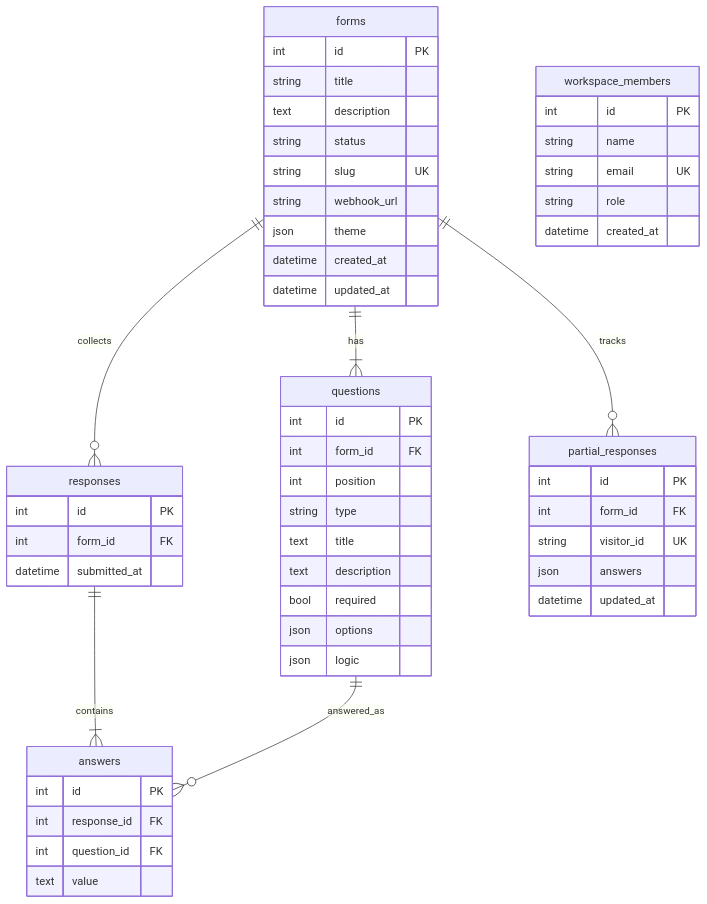
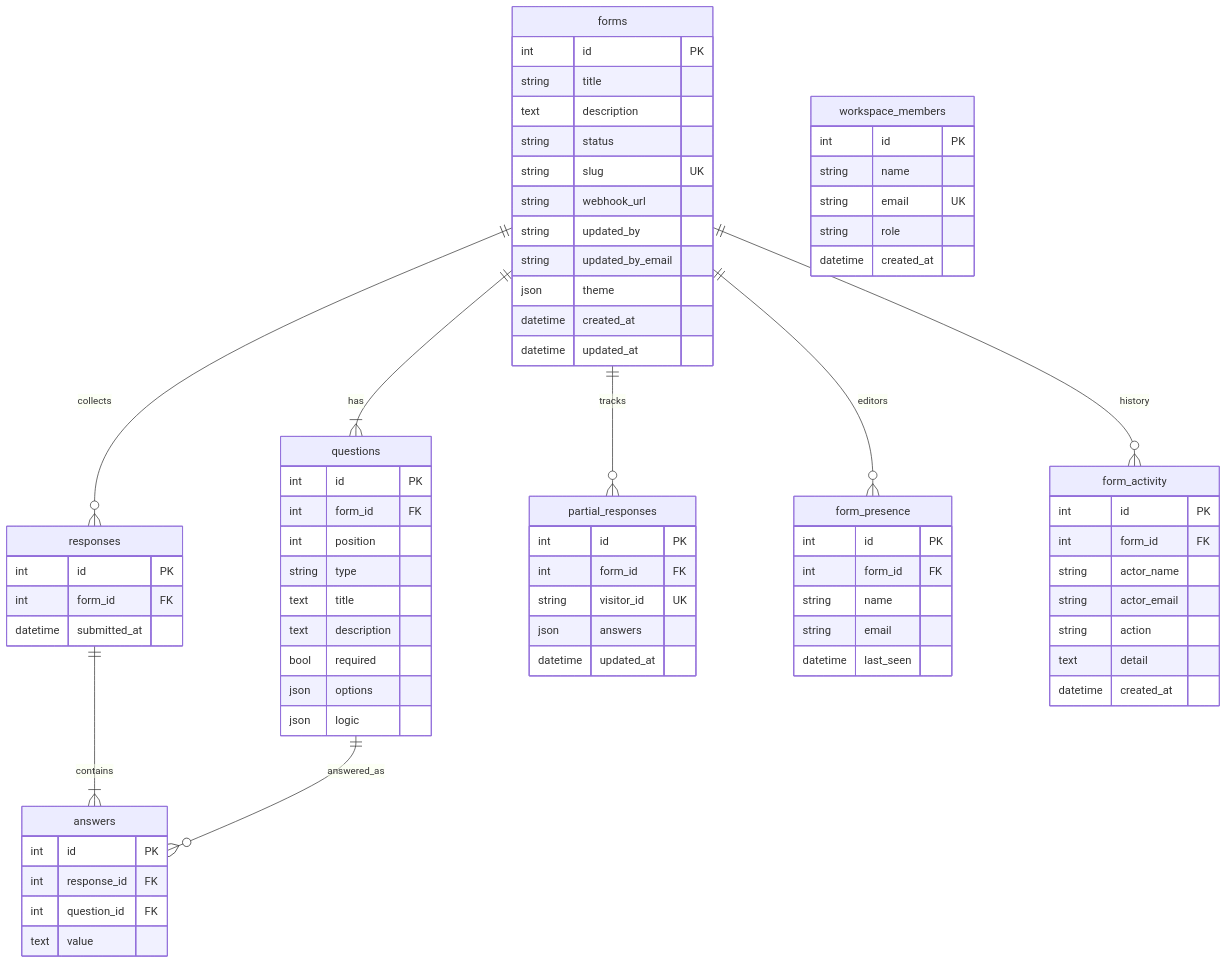
The diagram in docs/diagrams/db-schema.md (ruthwikkakumani/formly), drawn with Mermaid before and after one commit. The commit also changed other lines of this file and 11 other files, not shown here.

First line of the commit message:
docs: sync LLD and UML with live presence and activity history

````diff
--- a/docs/diagrams/db-schema.md
+++ b/docs/diagrams/db-schema.md
@@ -7,6 +7,8 @@
   forms ||--|{ questions : has
   forms ||--o{ responses : collects
   forms ||--o{ partial_responses : tracks
+  forms ||--o{ form_presence : editors
+  forms ||--o{ form_activity : history
   responses ||--|{ answers : contains
   questions ||--o{ answers : answered_as
 
@@ -17,6 +19,8 @@
     string status
     string slug UK
     string webhook_url
+    string updated_by
+    string updated_by_email
     json theme
     datetime created_at
     datetime updated_at
@@ -62,4 +66,22 @@
     string role
     datetime created_at
   }
+
+  form_presence {
+    int id PK
+    int form_id FK
+    string name
+    string email
+    datetime last_seen
+  }
+
+  form_activity {
+    int id PK
+    int form_id FK
+    string actor_name
+    string actor_email
+    string action
+    text detail
+    datetime created_at
+  }
 ```
````
